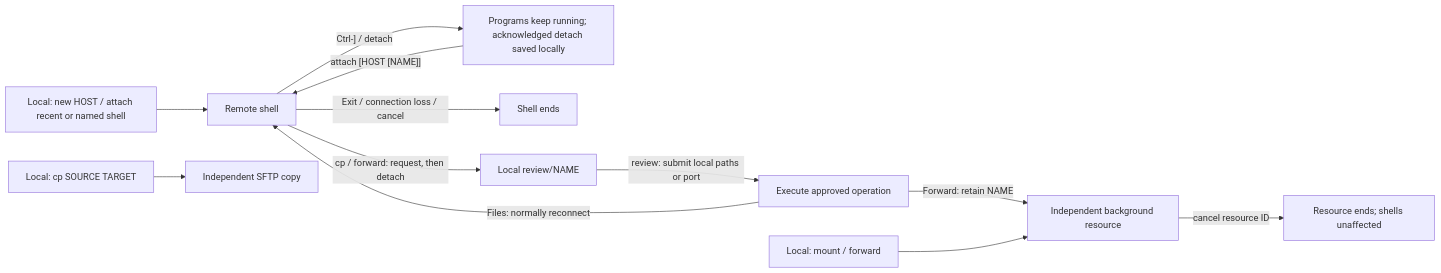
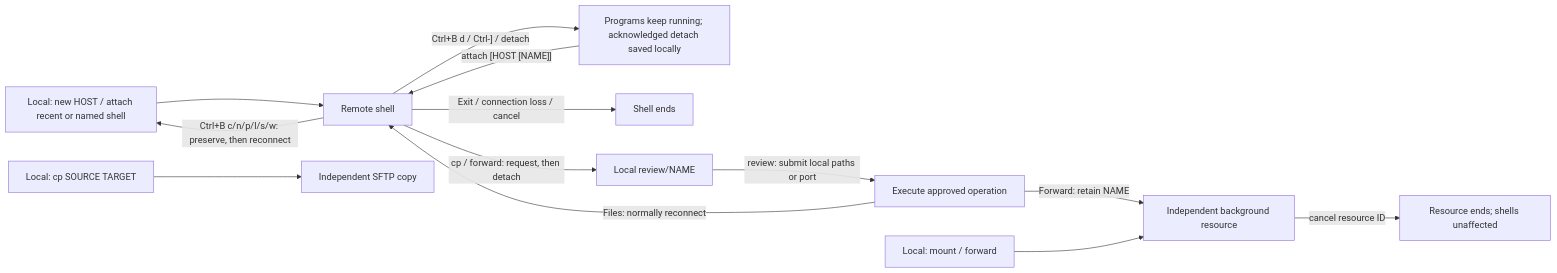
One commit to jay-waves/sshore changed the diagram in README.md. Above: the diagram before and after it, drawn with Mermaid. The commit also changed other lines of this file and 213 other files, not shown here.

````diff
--- a/README.md
+++ b/README.md
@@ -94,14 +98,15 @@
 ```mermaid
 flowchart LR
     connect["Local: new HOST / attach recent or named shell"] --> shell["Remote shell"]
-    shell -->|"Ctrl-] / detach"| detached["Programs keep running; acknowledged detach saved locally"]
+    shell -->|"Ctrl+B c/n/p/l/s/w: preserve, then reconnect"| connect
+    shell -->|"Ctrl+B d / Ctrl-] / detach"| detached["Programs keep running; acknowledged detach saved locally"]
     detached -->|"attach [HOST [NAME]]"| shell
     shell -->|"Exit / connection loss / cancel"| ended["Shell ends"]
     shell -->|"cp / forward: request, then detach"| pending["Local review/NAME"]
     pending -->|"review: submit local paths or port"| approved["Execute approved operation"]
     approved -->|"Files: normally reconnect"| shell
     approved -->|"Forward: retain NAME"| resource["Independent background resource"]
     local["Local: mount / forward"] --> resource
     copy["Local: cp SOURCE TARGET"] --> files["Independent SFTP copy"]
     resource -->|"cancel resource ID"| stopped["Resource ends; shells unaffected"]
 ```
````
